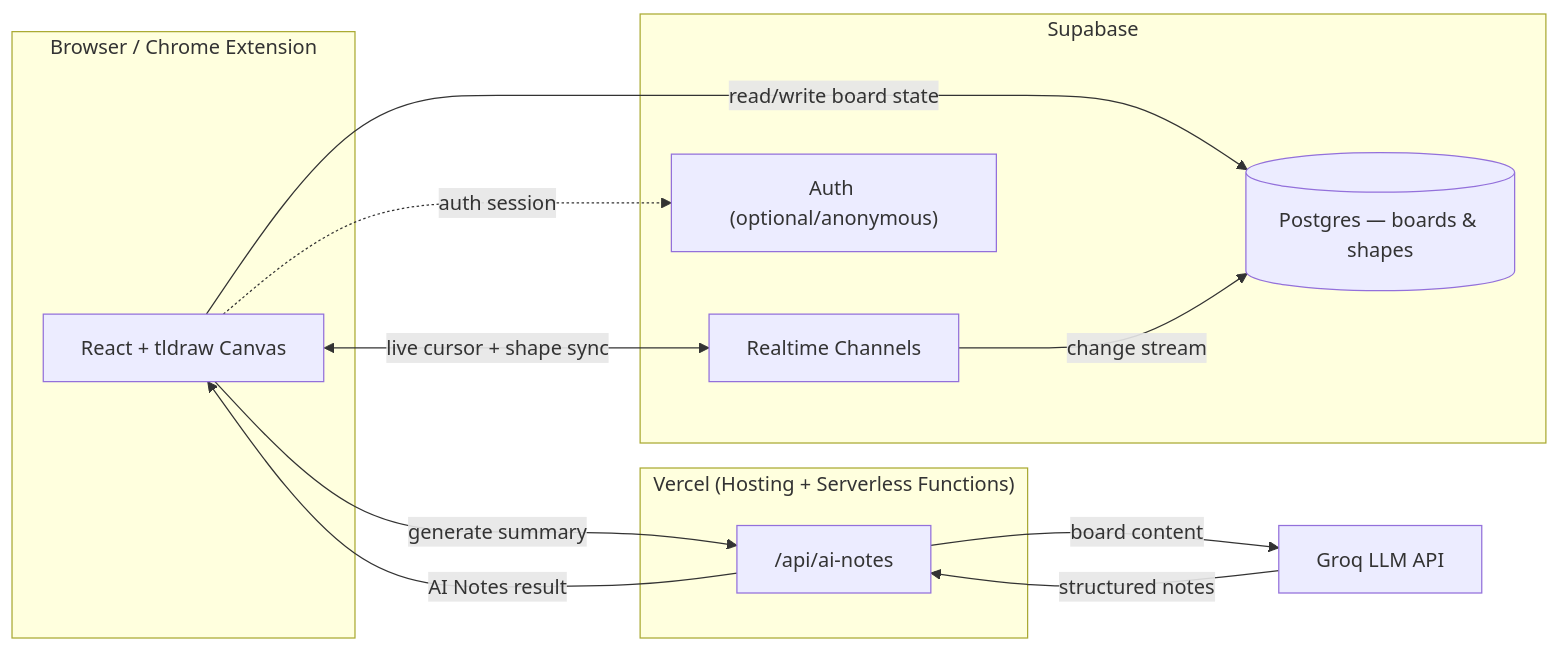
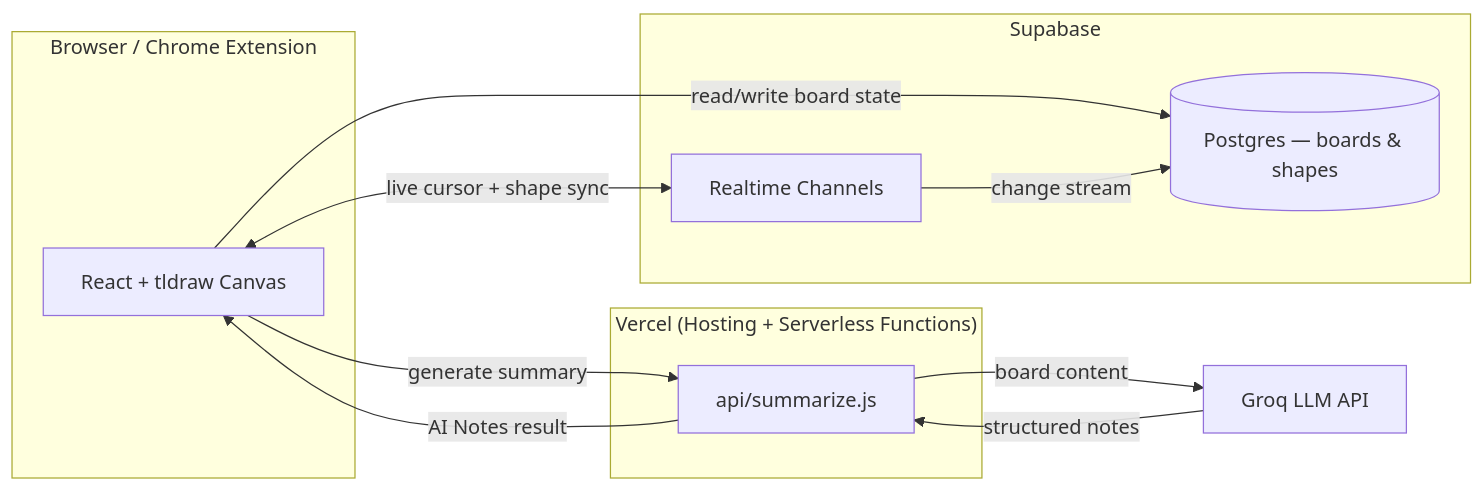
One commit to Sanchit1612/DrawDock changed the diagram in README.md. Above: the diagram before and after it, drawn with Mermaid. The commit also changed other lines of this file, not shown here.

````diff
--- a/README.md
+++ b/README.md
@@ -169,27 +167,25 @@
 ```mermaid
 flowchart LR
     subgraph Client["Browser / Chrome Extension"]
         UI["React + tldraw Canvas"]
     end
-
+ 
     subgraph Vercel["Vercel (Hosting + Serverless Functions)"]
-        API["/api/ai-notes"]
+        API["api/summarize.js"]
     end
-
+ 
     subgraph Supabase["Supabase"]
         DB[("Postgres — boards & shapes")]
         RT["Realtime Channels"]
-        AUTH["Auth (optional/anonymous)"]
     end
-
+ 
     Groq["Groq LLM API"]
-
+ 
     UI -- "read/write board state" --> DB
     UI <-- "live cursor + shape sync" --> RT
     RT -- "change stream" --> DB
     UI -- "generate summary" --> API
     API -- "board content" --> Groq
     Groq -- "structured notes" --> API
     API -- "AI Notes result" --> UI
-    UI -. "auth session" .-> AUTH
 ```
````
